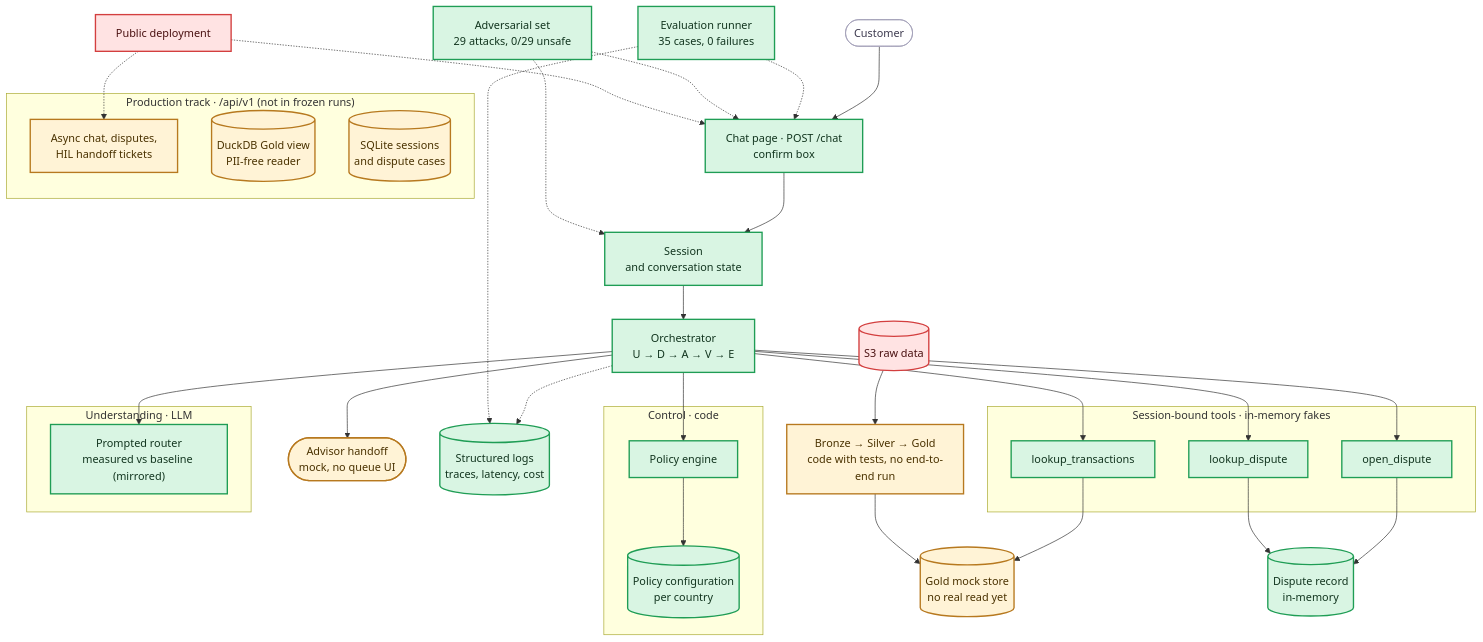
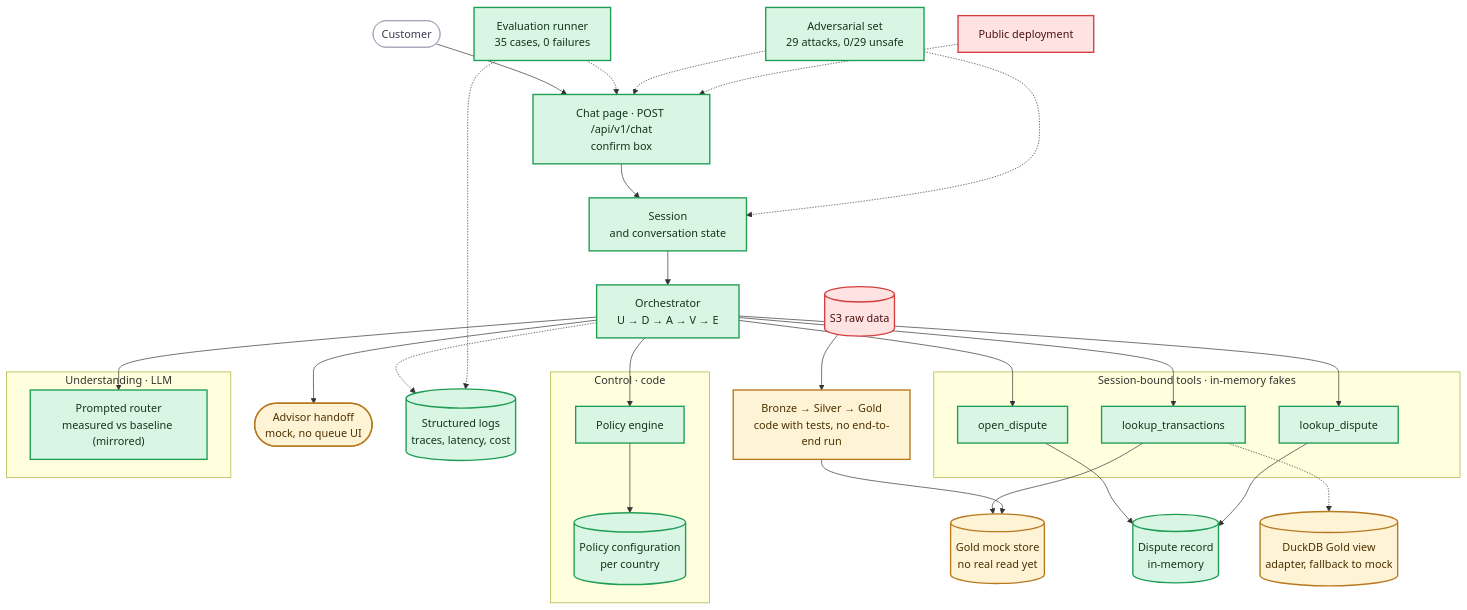
One commit to rdorta27/factored-hackathon-2026-sentinel-engine changed the diagram in team/component-status.md. Above: the diagram before and after it, drawn with Mermaid. The commit also changed other lines of this file and 17 other files, not shown here.

````diff
--- a/team/component-status.md
+++ b/team/component-status.md
@@ -7,51 +7,46 @@
 ```mermaid
 flowchart TB
-    client(["Customer"]) --> chat["Chat page · POST /chat<br/>confirm box"]
+    client(["Customer"]) --> chat["Chat page · POST /api/v1/chat<br/>confirm box"]
     chat --> session["Session<br/>and conversation state"]
     session --> orch["Orchestrator<br/>U → D → A → V → E"]
 
     subgraph control["Control · code"]
         policy["Policy engine"]
         config[("Policy configuration<br/>per country")]
         policy --> config
     end
     subgraph toolset["Session-bound tools · in-memory fakes"]
         lookup["lookup_transactions"]
         open["open_dispute"]
         verify["lookup_dispute"]
     end
     subgraph brain["Understanding · LLM"]
         learned["Prompted router<br/>measured vs baseline (mirrored)"]
     end
 
     orch --> policy
     orch --> learned
     orch --> lookup & open & verify
     lookup --> goldmock[("Gold mock store<br/>no real read yet")]
     open --> disputes[("Dispute record<br/>in-memory")]
     verify --> disputes
     orch --> handoff(["Advisor handoff<br/>mock, no queue UI"])
     orch -.-> logs[("Structured logs<br/>traces, latency, cost")]
     evalr["Evaluation runner<br/>35 cases, 0 failures"] -.-> chat
     evalr -.-> logs
     tests["Adversarial set<br/>29 attacks, 0/29 unsafe"] -.-> chat
     tests -.-> session
     s3[("S3 raw data")] --> pipeline["Bronze → Silver → Gold<br/>code with tests, no end-to-end run"]
     pipeline --> goldmock
-    subgraph prod["Production track · /api/v1 (not in frozen runs)"]
-        prodapi["Async chat, disputes,<br/>HIL handoff tickets"]
-        prodgold[("DuckDB Gold view<br/>PII-free reader")]
-        proddb[("SQLite sessions<br/>and dispute cases")]
-    end
+    lookup -.-> prodgold[("DuckDB Gold view<br/>adapter, fallback to mock")]
     deploy["Public deployment"] -.-> chat
-    deploy -.-> prodapi
 
     classDef done fill:#d9f5e3,stroke:#1f9d55,stroke-width:2px,color:#12351f
     classDef partial fill:#fff3d6,stroke:#b7791f,stroke-width:2px,color:#4a3200
     classDef missing fill:#ffe3e3,stroke:#d33f3f,stroke-width:2px,color:#4a1111
     classDef ext fill:#ffffff,stroke:#a09cb5,stroke-width:1px,color:#3d3a4f
     class chat,session,orch,policy,config,lookup,open,verify,disputes,logs,tests,learned,evalr done
-    class goldmock,handoff,pipeline,prodapi,prodgold,proddb partial
+    class goldmock,handoff,pipeline,prodgold partial
     class deploy,s3 missing
     class client ext
 ```
````
